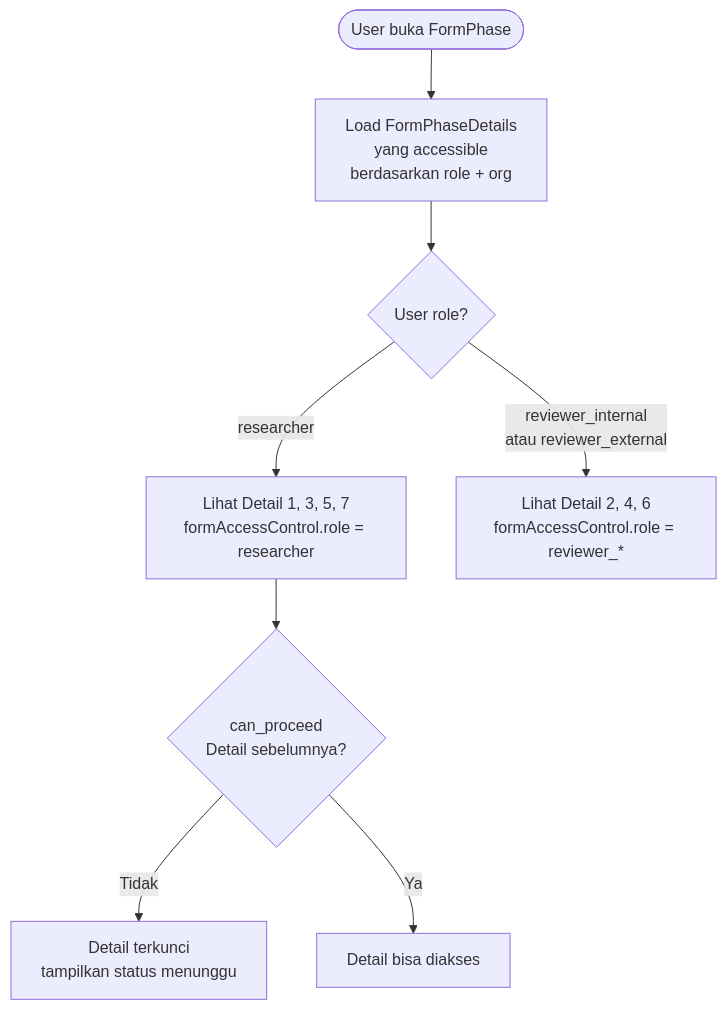
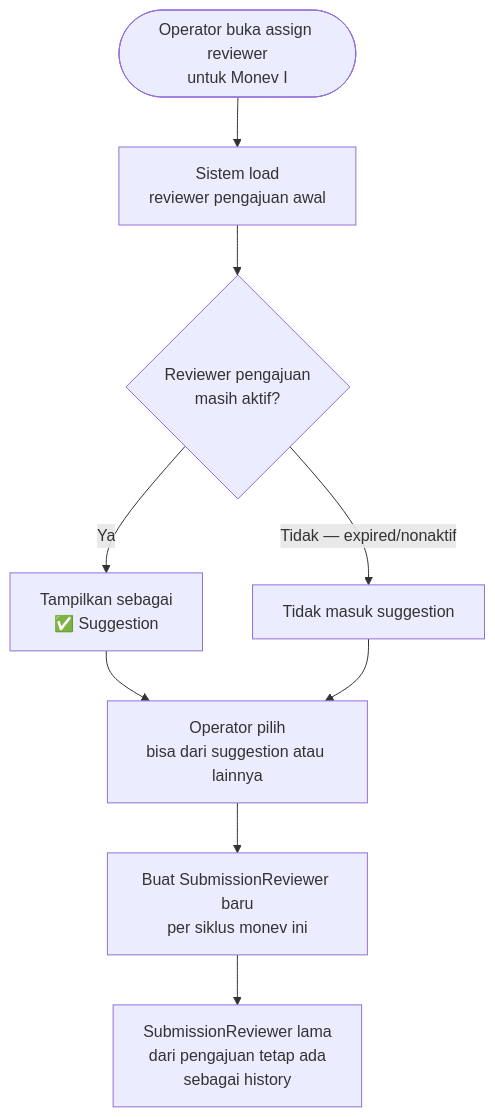
The second of 2 diagrams in docs/requirement-analysis/ddd/supporting/02_monev.md (nas11ai/sim-kerjasama-itk), drawn with Mermaid before and after one commit. The commit also changed other lines of this file and 12 other files, not shown here.

````diff
--- a/docs/requirement-analysis/ddd/supporting/02_monev.md
+++ b/docs/requirement-analysis/ddd/supporting/02_monev.md
@@ -84,10 +95,11 @@
 ```mermaid
 flowchart TD
-    START([User buka FormPhase]) --> A[Load FormPhaseDetails<br/>yang accessible<br/>berdasarkan role + org]
-    A --> B{User role?}
-    B -->|researcher| C[Lihat Detail 1, 3, 5, 7<br/>formAccessControl.role = researcher]
-    B -->|reviewer_internal<br/>atau reviewer_external| D[Lihat Detail 2, 4, 6<br/>formAccessControl.role = reviewer_*]
-    C --> E{can_proceed<br/>Detail sebelumnya?}
-    E -->|Tidak| F[Detail terkunci<br/>tampilkan status menunggu]
-    E -->|Ya| G[Detail bisa diakses]
+    START([Operator buka assign reviewer<br/>untuk Monev I]) --> A[Sistem load<br/>reviewer pengajuan awal]
+    A --> B{Reviewer pengajuan<br/>masih aktif?}
+    B -->|Ya| C[Tampilkan sebagai<br/>✅ Suggestion]
+    B -->|Tidak — expired/nonaktif| D[Tidak masuk suggestion]
+    C --> E[Operator pilih<br/>bisa dari suggestion atau lainnya]
+    D --> E
+    E --> F[Buat SubmissionReviewer baru<br/>per siklus monev ini]
+    F --> G[SubmissionReviewer lama<br/>dari pengajuan tetap ada<br/>sebagai history]
 ```
````
